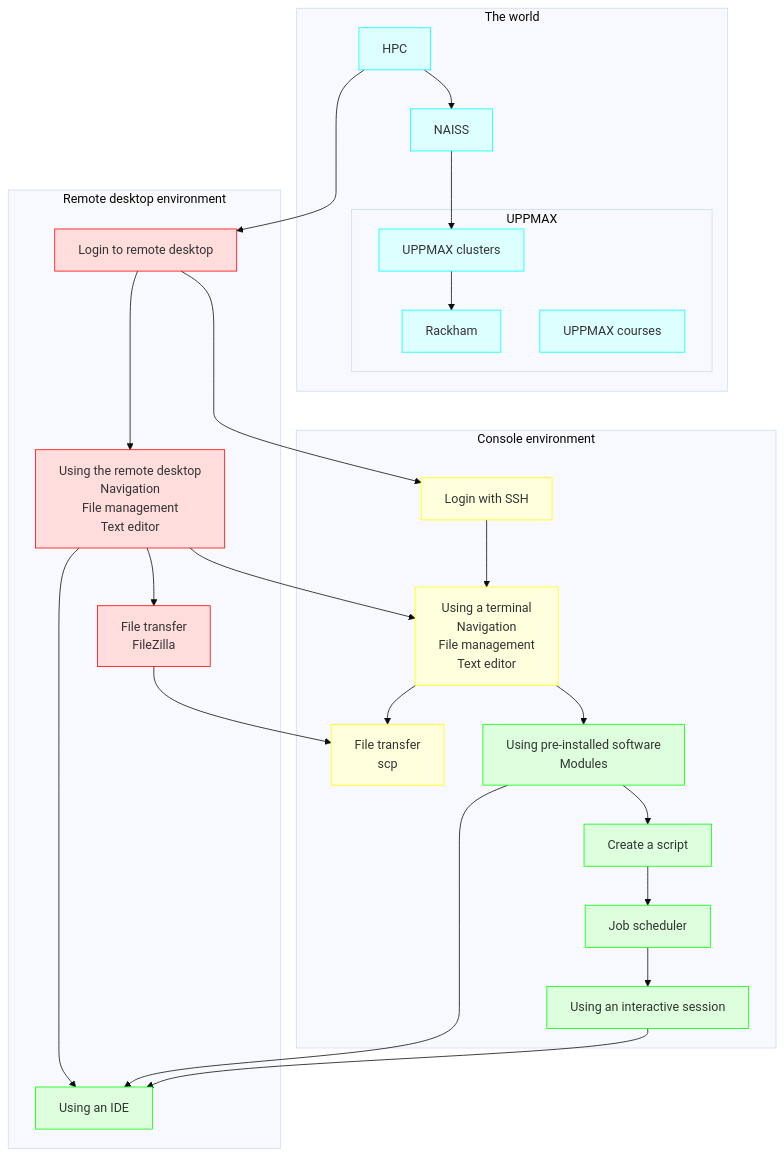
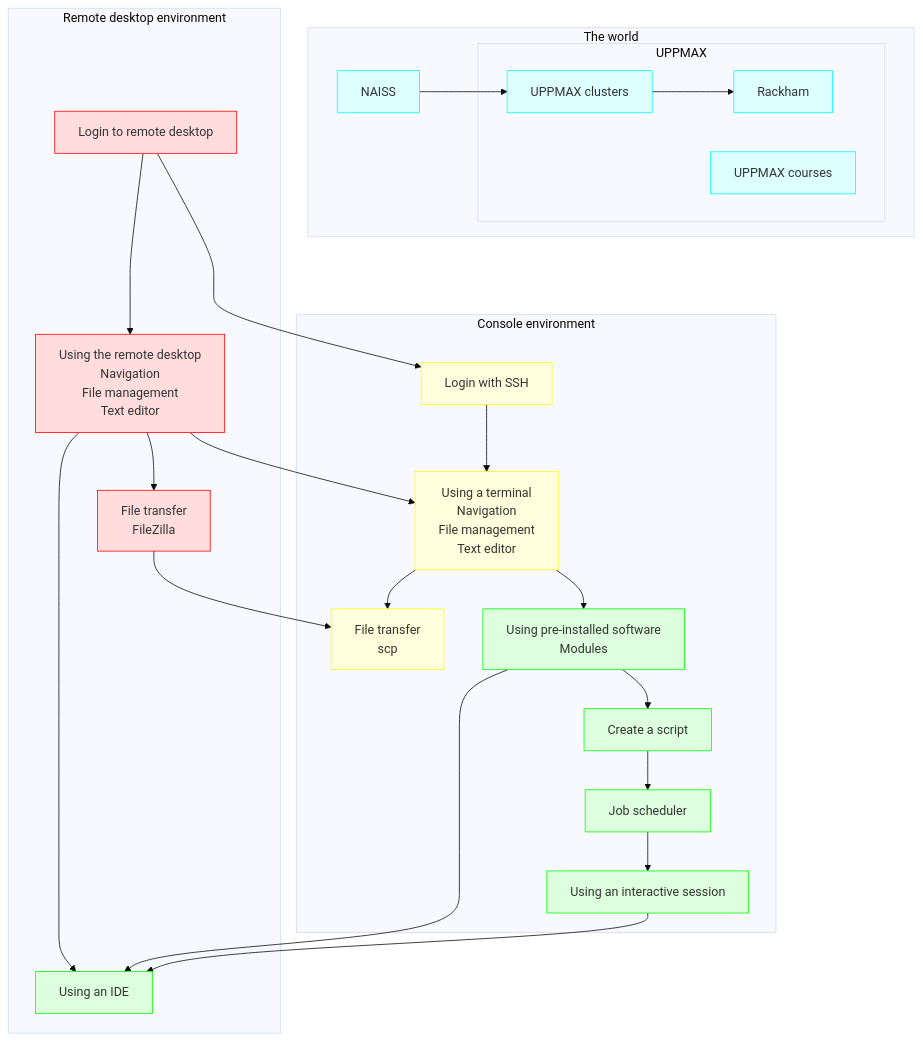
Before and after one commit to UPPMAX/uppmax_intro_day_1: the second of 3 diagrams in docs/overviews/uppmax_intro_day_1.md, drawn with Mermaid (base theme). The commit also changed other lines of this file and 2 other files, not shown here.

Commit message:
Remove duplicate HPC

````diff
--- a/docs/overviews/uppmax_intro_day_1.md
+++ b/docs/overviews/uppmax_intro_day_1.md
@@ -68,63 +65,60 @@
 ```mermaid
 flowchart TD
 
   classDef basic_gui fill:#fdd, stroke:#f00
   classDef basic_terminal fill:#ffd, stroke:#ff0
   classDef real_work fill:#dfd, stroke:#0f0
   classDef bigger_picture fill:#dff, stroke:#0ff
 
   subgraph world[The world]
-    hpc[HPC]:::bigger_picture
     naiss[NAISS]:::bigger_picture
   subgraph uppmax[UPPMAX]
       uppmax_clusters[UPPMAX clusters]:::bigger_picture
       rackham[Rackham]:::bigger_picture
       uppmax_courses[UPPMAX courses]:::bigger_picture
     end
   end
   subgraph remote_desktop[Remote desktop environment]
     login_remote_desktop[Login to remote desktop]:::basic_gui
     use_remote_desktop[Using the remote desktop\nNavigation\nFile management\nText editor]:::basic_gui
     file_transfer_filezilla[File transfer\nFileZilla]:::basic_gui
     use_ide[Using an IDE]:::real_work
   end
   subgraph console[Console environment]
     login_ssh[Login with SSH]:::basic_terminal
     use_terminal[Using a terminal\nNavigation\nFile management\nText editor]:::basic_terminal
     file_transfer_scp[File transfer\nscp]:::basic_terminal
     scripts[Create a script]:::real_work
     modules[Using pre-installed software\nModules]:::real_work
     interactive[Using an interactive session]:::real_work
     job_scheduler[Job scheduler]:::real_work
   end
 
-  hpc ---> login_remote_desktop
 
   %% UPPMAX
-  hpc --> naiss
   naiss --> uppmax_clusters
   uppmax_clusters --> rackham
 
   %% GUI
   login_remote_desktop ---> use_remote_desktop
   use_remote_desktop --> file_transfer_filezilla
   use_remote_desktop --> use_ide
 
   %% Console
   login_ssh --> use_terminal
   use_terminal --> file_transfer_scp
   use_terminal --> modules
   scripts --> job_scheduler
   modules --> scripts
   job_scheduler --> interactive
 
   %% console -> GUI
   modules --> use_ide
   
 
   %% GUI -> console
   login_remote_desktop --> login_ssh
   use_remote_desktop --> use_terminal
   file_transfer_filezilla --> file_transfer_scp  
   interactive --> use_ide
 ```
````
